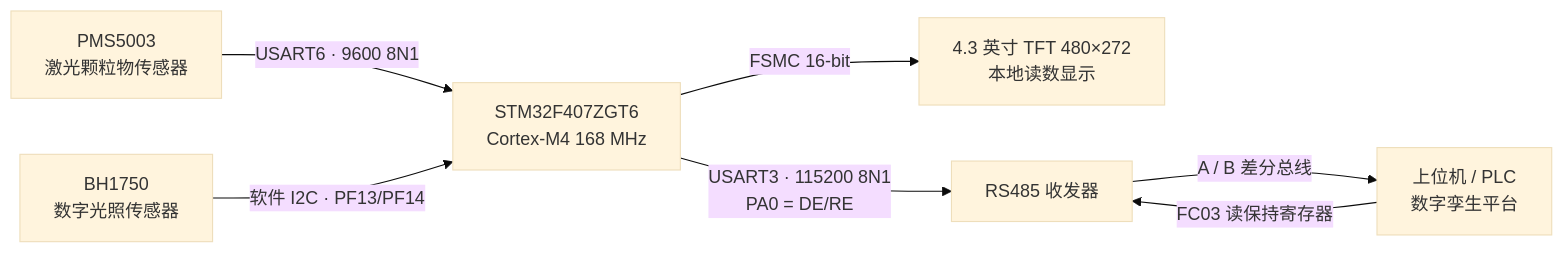
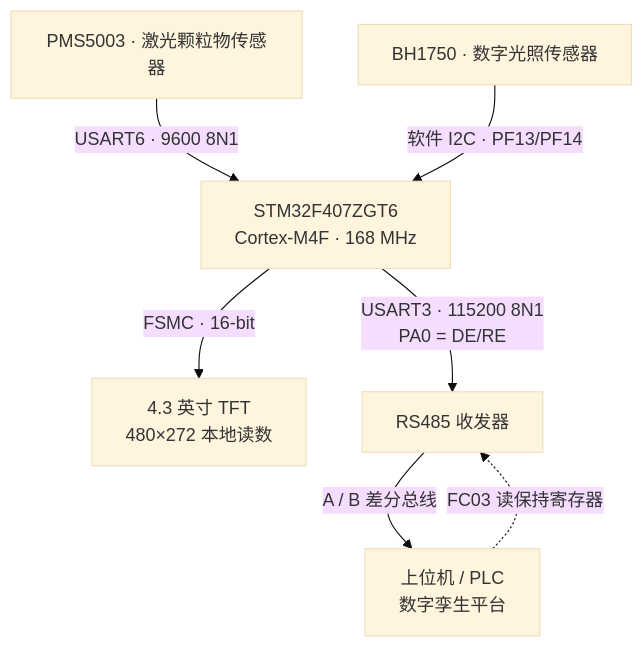
One commit to roza2006/g407-environment-data-acquisition-modbus- changed the diagram in README.md. Above: the diagram before and after it, drawn with Mermaid (base theme).

Commit message:
docs: make architecture diagram vertical so it fits the README column

````diff
--- a/README.md
+++ b/README.md
@@ -42,9 +42,9 @@
 ```mermaid
-flowchart LR
-    PMS["PMS5003<br/>激光颗粒物传感器"] -->|"USART6 · 9600 8N1"| MCU
-    BH["BH1750<br/>数字光照传感器"] -->|"软件 I2C · PF13/PF14"| MCU
-    MCU["STM32F407ZGT6<br/>Cortex-M4 168 MHz"] -->|"FSMC 16-bit"| LCD["4.3 英寸 TFT 480×272<br/>本地读数显示"]
-    MCU -->|"USART3 · 115200 8N1<br/>PA0 = DE/RE"| RS["RS485 收发器"]
-    RS -->|"A / B 差分总线"| HOST["上位机 / PLC<br/>数字孪生平台"]
-    HOST -->|"FC03 读保持寄存器"| RS
+flowchart TB
+    PMS["PMS5003 · 激光颗粒物传感器"] -- "USART6 · 9600 8N1" --> MCU["STM32F407ZGT6<br/>Cortex-M4F · 168 MHz"]
+    BH["BH1750 · 数字光照传感器"] -- "软件 I2C · PF13/PF14" --> MCU
+    MCU -- "FSMC · 16-bit" --> LCD["4.3 英寸 TFT<br/>480×272 本地读数"]
+    MCU -- "USART3 · 115200 8N1<br/>PA0 = DE/RE" --> RS["RS485 收发器"]
+    RS -- "A / B 差分总线" --> HOST["上位机 / PLC<br/>数字孪生平台"]
+    HOST -. "FC03 读保持寄存器" .-> RS
 ```
````
